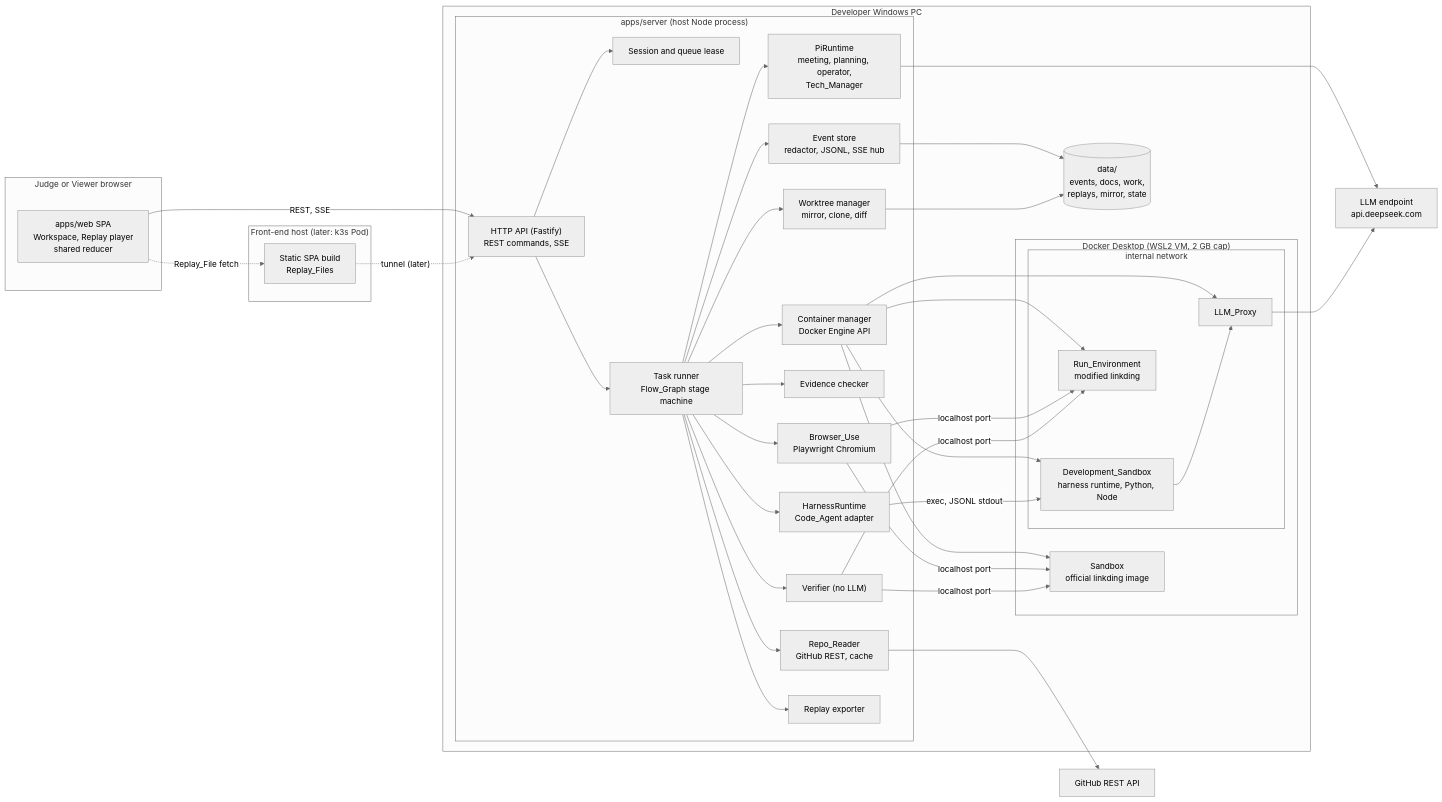
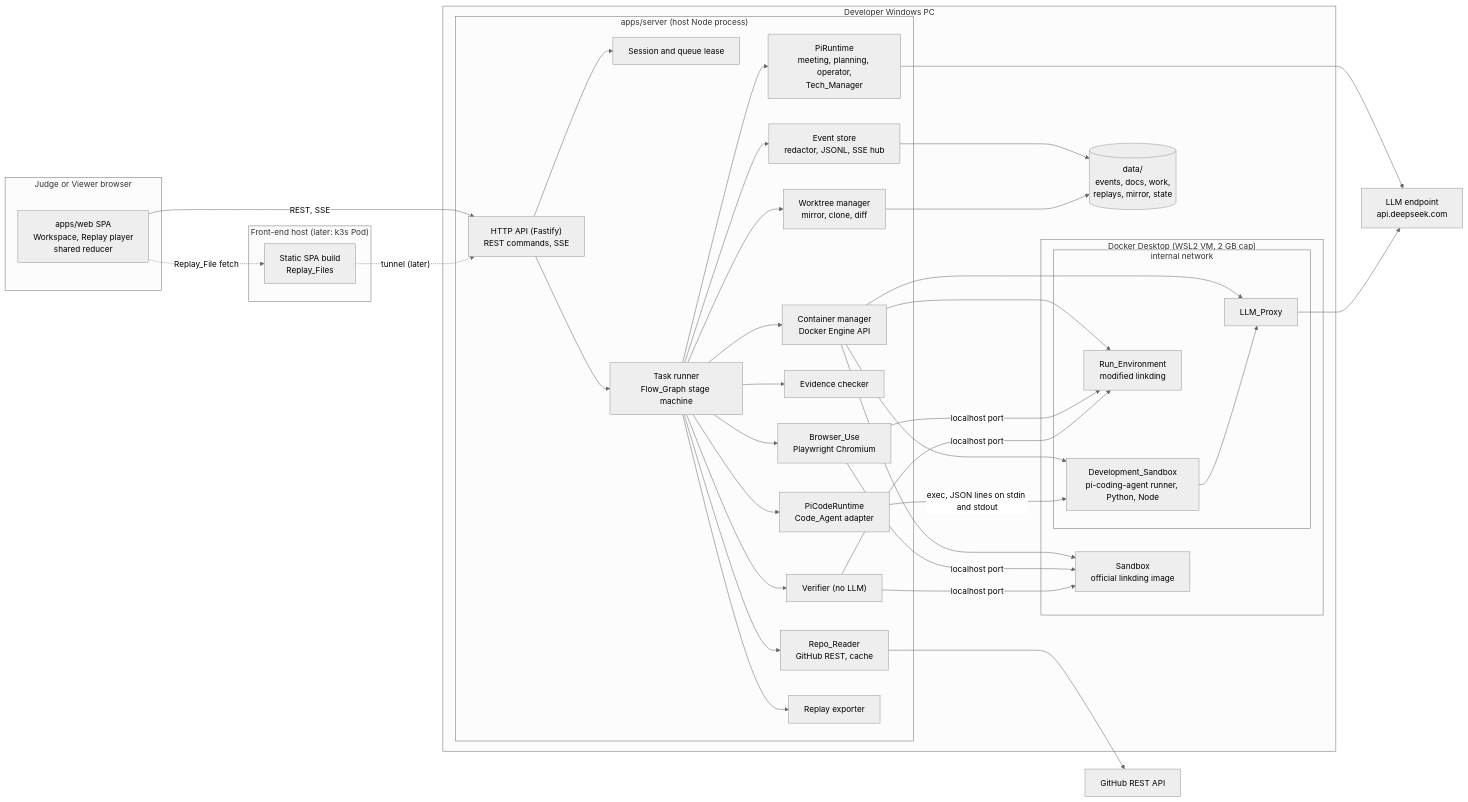
Before and after one commit to peikuo/graftlab-ai: the first of 3 diagrams in .kiro/specs/graftlab-ai/design.md, drawn with Mermaid (neutral theme). The commit also changed other lines of this file and 2 other files, not shown here.

Commit message:
docs(spec): one agent family (pi) for all roles and the Code_Agent; harness kept as fallback

````diff
--- a/.kiro/specs/graftlab-ai/design.md
+++ b/.kiro/specs/graftlab-ai/design.md
@@ -73,68 +73,68 @@
 ```mermaid
 flowchart LR
     subgraph Browser["Judge or Viewer browser"]
         WEB["apps/web SPA<br/>Workspace, Replay player<br/>shared reducer"]
     end
     subgraph Front["Front-end host (later: k3s Pod)"]
         STATIC["Static SPA build<br/>Replay_Files"]
     end
     subgraph PC["Developer Windows PC"]
         subgraph Server["apps/server (host Node process)"]
             HTTP["HTTP API (Fastify)<br/>REST commands, SSE"]
             QUEUE["Session and queue lease"]
             RUNNER["Task runner<br/>Flow_Graph stage machine"]
             STORE["Event store<br/>redactor, JSONL, SSE hub"]
             PIRT["PiRuntime<br/>meeting, planning, operator,<br/>Tech_Manager"]
-            HRT["HarnessRuntime<br/>Code_Agent adapter"]
+            HRT["PiCodeRuntime<br/>Code_Agent adapter"]
             READER["Repo_Reader<br/>GitHub REST, cache"]
             EVID["Evidence checker"]
             BROWSER["Browser_Use<br/>Playwright Chromium"]
             DOCKER["Container manager<br/>Docker Engine API"]
             GIT["Worktree manager<br/>mirror, clone, diff"]
             VERIFIER["Verifier (no LLM)"]
             REPLAY["Replay exporter"]
         end
         DATA[("data/<br/>events, docs, work,<br/>replays, mirror, state")]
         subgraph Docker["Docker Desktop (WSL2 VM, 2 GB cap)"]
             SBX["Sandbox<br/>official linkding image"]
             subgraph Internal["internal network"]
-                DEV["Development_Sandbox<br/>harness runtime, Python, Node"]
+                DEV["Development_Sandbox<br/>pi-coding-agent runner, Python, Node"]
                 RUN["Run_Environment<br/>modified linkding"]
                 PROXY["LLM_Proxy"]
             end
         end
     end
     LLM["LLM endpoint<br/>api.deepseek.com"]
     GH["GitHub REST API"]
 
     WEB -- "REST, SSE" --> HTTP
     WEB -. "Replay_File fetch" .-> STATIC
     STATIC -. "tunnel (later)" .-> HTTP
     HTTP --> QUEUE
     HTTP --> RUNNER
     RUNNER --> STORE
     STORE --> DATA
     RUNNER --> PIRT
     RUNNER --> HRT
     RUNNER --> READER
     RUNNER --> EVID
     RUNNER --> BROWSER
     RUNNER --> DOCKER
     RUNNER --> GIT
     RUNNER --> VERIFIER
     RUNNER --> REPLAY
     PIRT --> LLM
     READER --> GH
     GIT --> DATA
     DOCKER --> SBX
     DOCKER --> DEV
     DOCKER --> RUN
     DOCKER --> PROXY
-    HRT -- "exec, JSONL stdout" --> DEV
+    HRT -- "exec, JSON lines on stdin and stdout" --> DEV
     DEV --> PROXY
     PROXY --> LLM
     BROWSER -- "localhost port" --> SBX
     BROWSER -- "localhost port" --> RUN
     VERIFIER -- "localhost port" --> SBX
     VERIFIER -- "localhost port" --> RUN
 ```
````
